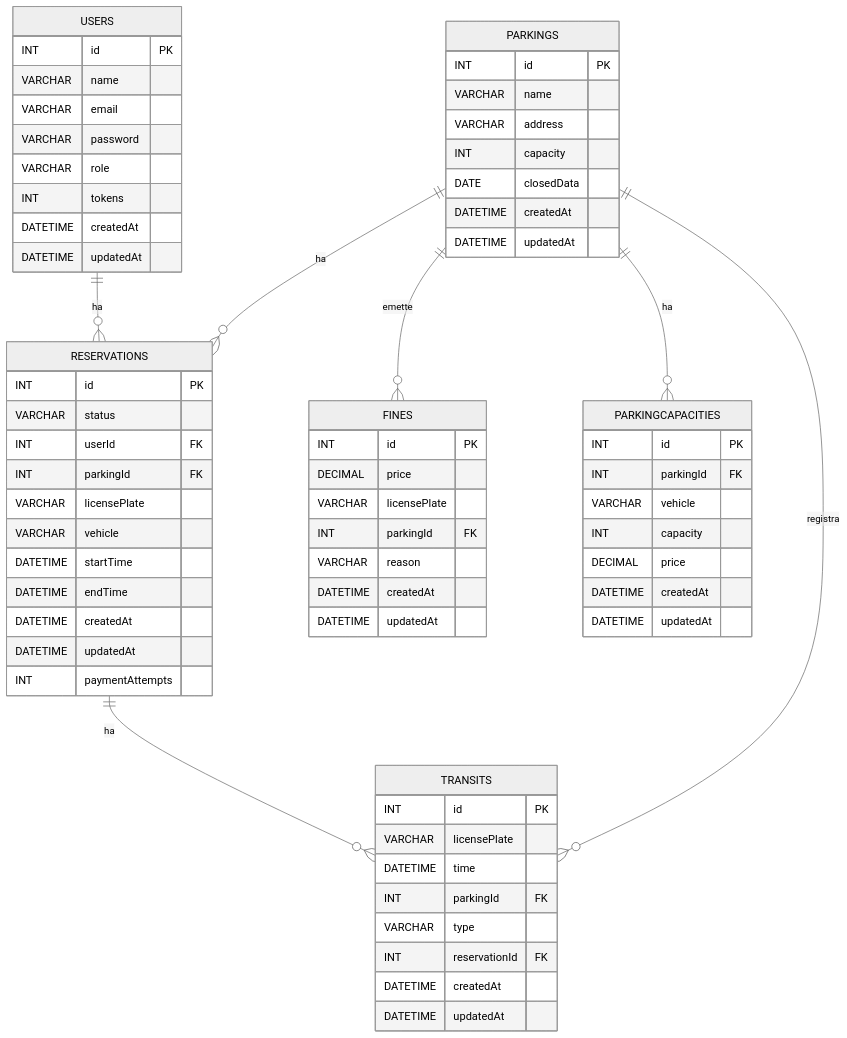
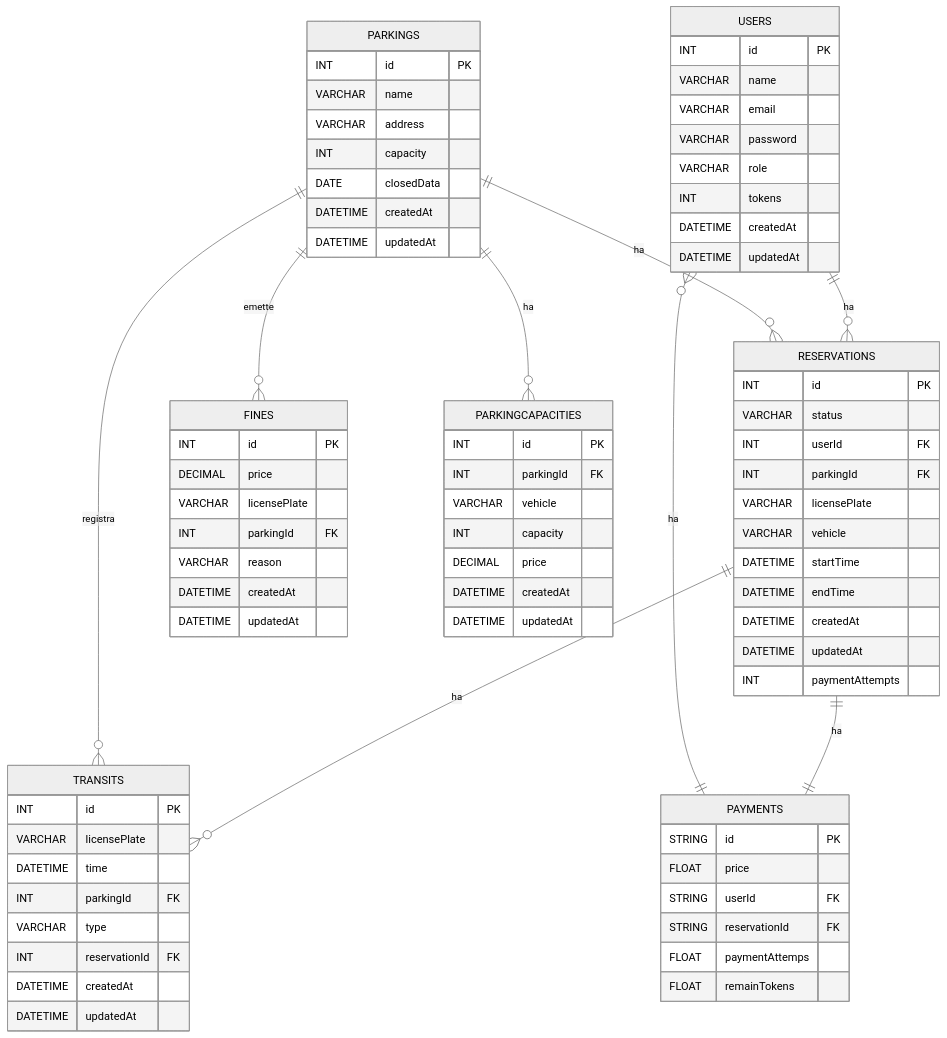
The second of 14 diagrams in README.md (niccolociotti/parking_PA), drawn with Mermaid (neutral theme) before and after one commit. The commit also changed other lines of this file, not shown here.

````diff
--- a/README.md
+++ b/README.md
@@ -263,71 +263,82 @@
 ```mermaid
 erDiagram
     USERS {
         INT id PK
         VARCHAR name
         VARCHAR email
         VARCHAR password
         VARCHAR role
         INT tokens
         DATETIME createdAt
         DATETIME updatedAt
     }
     PARKINGS {
         INT id PK
         VARCHAR name
         VARCHAR address
         INT capacity
         DATE closedData
         DATETIME createdAt
         DATETIME updatedAt
     }
     RESERVATIONS {
         INT id PK
         VARCHAR status
         INT userId FK
         INT parkingId FK
         VARCHAR licensePlate
         VARCHAR vehicle
         DATETIME startTime
         DATETIME endTime
         DATETIME createdAt
         DATETIME updatedAt
         INT paymentAttempts
     }
     TRANSITS {
         INT id PK
         VARCHAR licensePlate
         DATETIME time
         INT parkingId FK
         VARCHAR type
         INT reservationId FK
         DATETIME createdAt
         DATETIME updatedAt
     }
     FINES {
         INT id PK
         DECIMAL price
         VARCHAR licensePlate
         INT parkingId FK
         VARCHAR reason
         DATETIME createdAt
         DATETIME updatedAt
     }
     PARKINGCAPACITIES {
         INT id PK
         INT parkingId FK
         VARCHAR vehicle
         INT capacity
         DECIMAL price
         DATETIME createdAt
         DATETIME updatedAt
     }
+PAYMENTS{
+        STRING id PK
+        FLOAT price
+        STRING userId FK
+        STRING reservationId FK
+        FLOAT paymentAttemps
+        FLOAT remainTokens
+
+    }
 
     USERS ||--o{ RESERVATIONS : ha
     PARKINGS ||--o{ RESERVATIONS : ha
     RESERVATIONS ||--o{ TRANSITS : ha
     PARKINGS ||--o{ TRANSITS : registra
     PARKINGS ||--o{ FINES : emette
     PARKINGS ||--o{ PARKINGCAPACITIES : ha
+    RESERVATIONS ||--||  PAYMENTS :ha
+    PAYMENTS ||--o{USERS : ha
 
 ```
````
